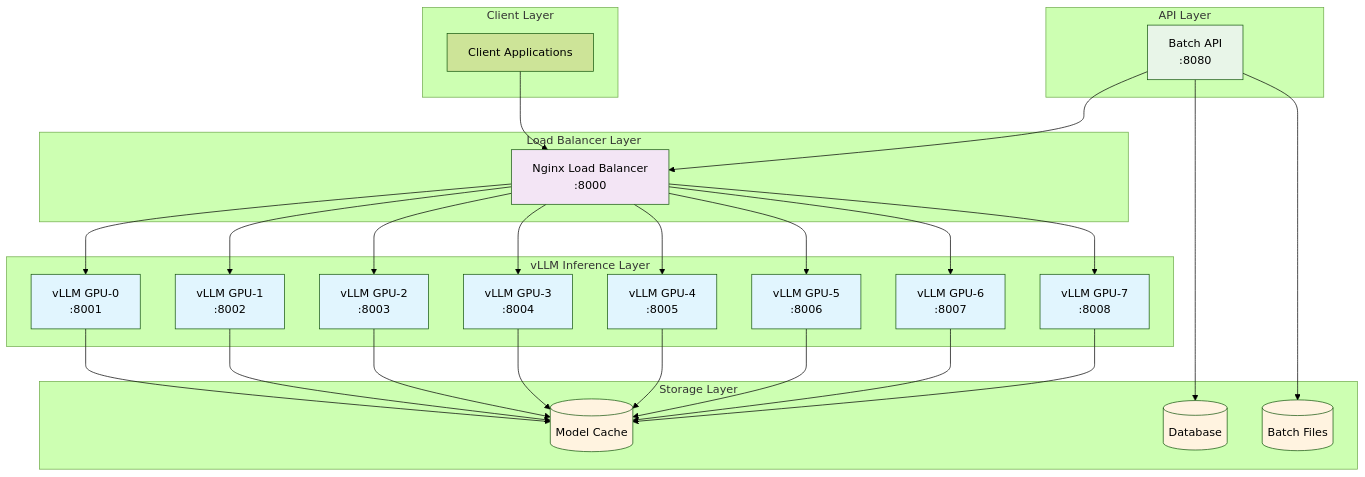
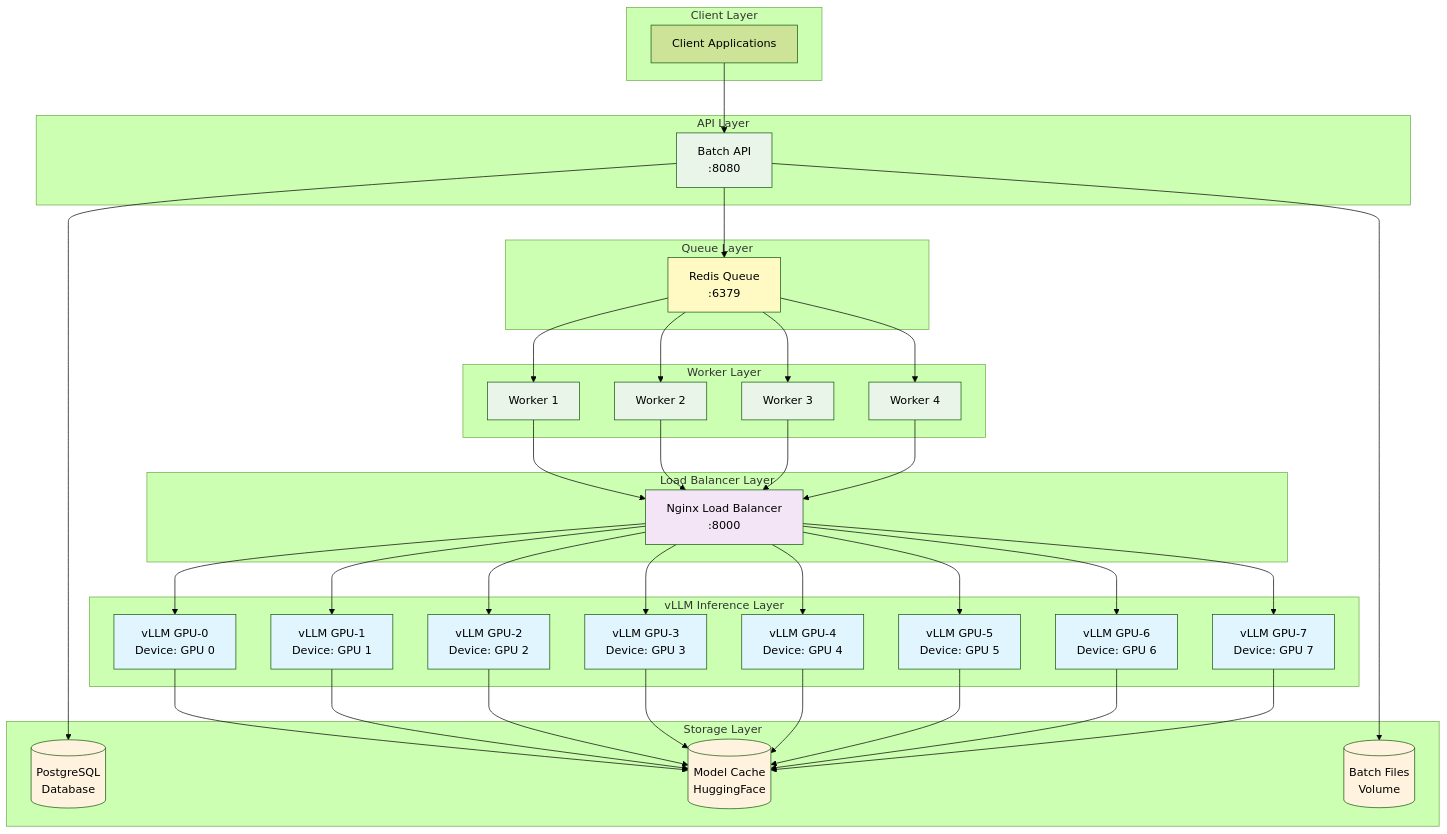
Before and after one commit to FelipeRodriguesGare/BESH: the diagram in README.md, drawn with Mermaid (forest theme). The commit also changed other lines of this file and 2 other files, not shown here.

Commit message:
update readme and the last dokcer compose

````diff
--- a/README.md
+++ b/README.md
@@ -68,6 +68,21 @@
 graph TB
     subgraph "Client Layer"
         Client[Client Applications]
+    end
+    
+    subgraph "API Layer"
+        BatchAPI[Batch API<br/>:8080]
+    end
+    
+    subgraph "Queue Layer"
+        Queue[Redis Queue<br/>:6379]
+    end
+    
+    subgraph "Worker Layer"
+        Worker1[Worker 1]
+        Worker2[Worker 2]  
+        Worker3[Worker 3]
+        Worker4[Worker 4]
     end
     
     subgraph "Load Balancer Layer"
@@ -75,27 +90,37 @@
     end
     
     subgraph "vLLM Inference Layer"
-        GPU0[vLLM GPU-0<br/>:8001]
-        GPU1[vLLM GPU-1<br/>:8002]
-        GPU2[vLLM GPU-2<br/>:8003]
-        GPU3[vLLM GPU-3<br/>:8004]
-        GPU4[vLLM GPU-4<br/>:8005]
-        GPU5[vLLM GPU-5<br/>:8006]
-        GPU6[vLLM GPU-6<br/>:8007]
-        GPU7[vLLM GPU-7<br/>:8008]
-    end
-    
-    subgraph "API Layer"
-        BatchAPI[Batch API<br/>:8080]
+        GPU0[vLLM GPU-0<br/>Device: GPU 0]
+        GPU1[vLLM GPU-1<br/>Device: GPU 1]
+        GPU2[vLLM GPU-2<br/>Device: GPU 2]
+        GPU3[vLLM GPU-3<br/>Device: GPU 3]
+        GPU4[vLLM GPU-4<br/>Device: GPU 4]
+        GPU5[vLLM GPU-5<br/>Device: GPU 5]
+        GPU6[vLLM GPU-6<br/>Device: GPU 6]
+        GPU7[vLLM GPU-7<br/>Device: GPU 7]
     end
     
     subgraph "Storage Layer"
-        DB[(Database)]
-        Models[(Model Cache)]
-        Files[(Batch Files)]
+        DB[(PostgreSQL<br/>Database)]
+        Models[(Model Cache<br/>HuggingFace)]
+        Files[(Batch Files<br/>Volume)]
     end
     
-    Client --> LB
+    Client --> BatchAPI
+    BatchAPI --> Queue
+    BatchAPI --> DB
+    BatchAPI --> Files
+    
+    Queue --> Worker1
+    Queue --> Worker2
+    Queue --> Worker3
+    Queue --> Worker4
+    
+    Worker1 --> LB
+    Worker2 --> LB
+    Worker3 --> LB
+    Worker4 --> LB
+    
     LB --> GPU0
     LB --> GPU1
     LB --> GPU2
@@ -104,10 +129,6 @@
     LB --> GPU5
     LB --> GPU6
     LB --> GPU7
-    
-    BatchAPI --> LB
-    BatchAPI --> DB
-    BatchAPI --> Files
     
     GPU0 --> Models
     GPU1 --> Models
@@ -122,9 +143,13 @@
     classDef lb fill:#f3e5f5
     classDef api fill:#e8f5e8
     classDef storage fill:#fff3e0
+    classDef worker fill:#e8f5e8
+    classDef queue fill:#fff9c4
     
     class GPU0,GPU1,GPU2,GPU3,GPU4,GPU5,GPU6,GPU7 gpu
     class LB lb
     class BatchAPI api
     class DB,Models,Files storage
+    class Worker1,Worker2,Worker3,Worker4 worker
+    class Queue queue
 ```
````
